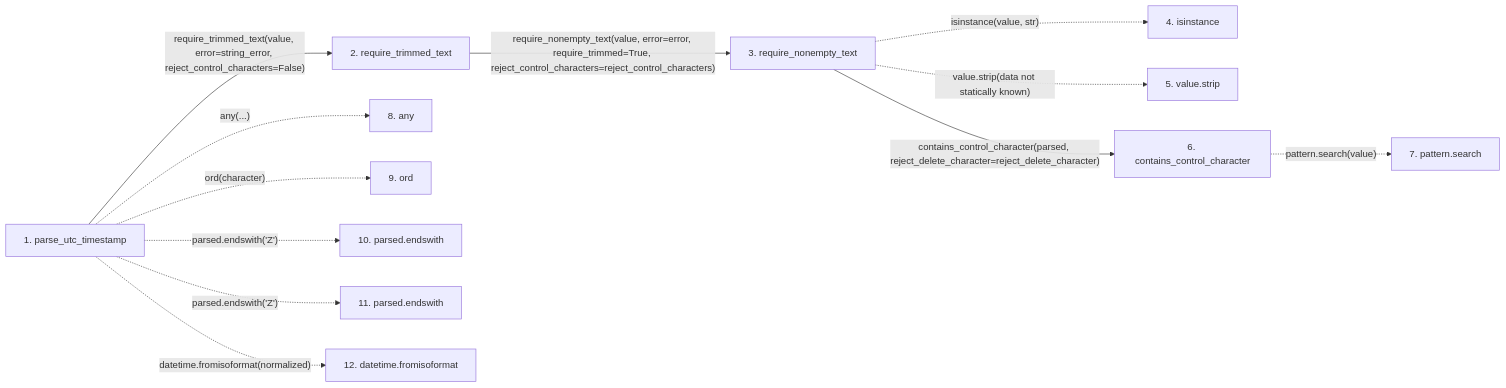
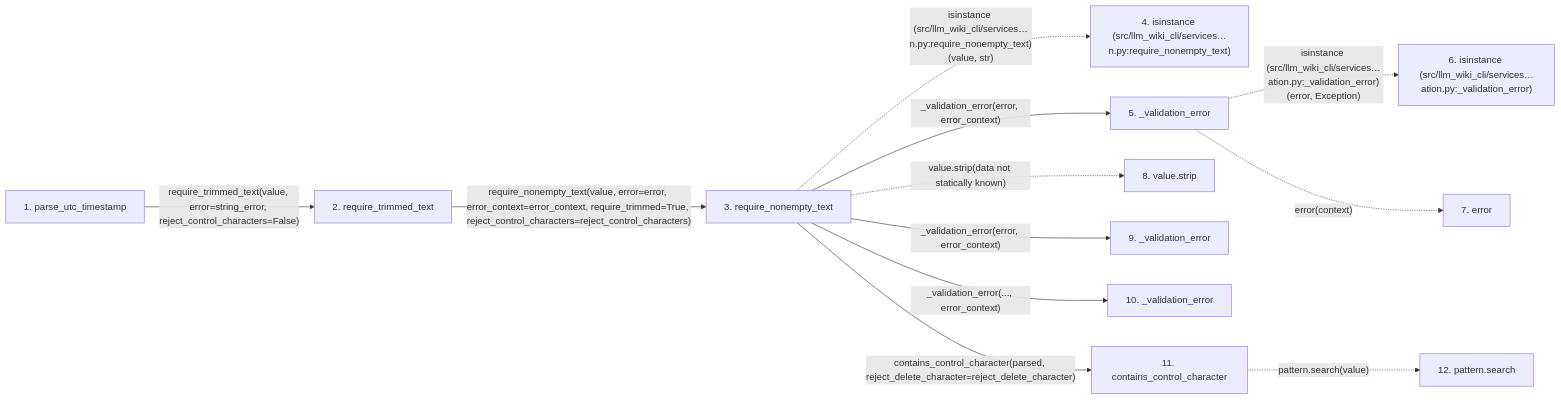
Before and after one commit to Denissvgn/python-wiki-llm: the second of 2 diagrams in docs/llm_wiki/flows/api-parse_utc_timestamp.md, drawn with Mermaid. The commit also changed other lines of this file and 627 other files, not shown here.

````diff
--- a/docs/llm_wiki/flows/api-parse_utc_timestamp.md
+++ b/docs/llm_wiki/flows/api-parse_utc_timestamp.md
@@ -57,30 +66,33 @@
 ```mermaid
 flowchart LR
     s1["1. parse_utc_timestamp"]
     s2["2. require_trimmed_text"]
     s3["3. require_nonempty_text"]
-    s4["4. isinstance"]
-    s5["5. value.strip"]
-    s6["6. contains_control_character"]
-    s7["7. pattern.search"]
-    s8["8. any"]
-    s9["9. ord"]
-    s10["10. parsed.endswith"]
-    s11["11. parsed.endswith"]
-    s12["12. datetime.fromisoformat"]
+    s4["4. isinstance (src/llm_wiki_cli/services…n.py:require_nonempty_text)"]
+    s5["5. _validation_error"]
+    s6["6. isinstance (src/llm_wiki_cli/services…ation.py:_validation_error)"]
+    s7["7. error"]
+    s8["8. value.strip"]
+    s9["9. _validation_error"]
+    s10["10. _validation_error"]
+    s11["11. contains_control_character"]
+    s12["12. pattern.search"]
     s1 -->|"require_trimmed_text(value, error=string_error, reject_control_characters=False)"| s2
-    s2 -->|"require_nonempty_text(value, error=error, require_trimmed=True, reject_control_characters=reject_control_characters)"| s3
-    s3 -. "isinstance(value, str)" .-> s4
-    s3 -. "value.strip(data not statically known)" .-> s5
-    s3 -->|"contains_control_character(parsed, reject_delete_character=reject_delete_character)"| s6
-    s6 -. "pattern.search(value)" .-> s7
-    s1 -. "any(...)" .-> s8
-    s1 -. "ord(character)" .-> s9
-    s1 -. "parsed.endswith('Z')" .-> s10
-    s1 -. "parsed.endswith('Z')" .-> s11
-    s1 -. "datetime.fromisoformat(normalized)" .-> s12
+    s2 -->|"require_nonempty_text(value, error=error, error_context=error_context, require_trimmed=True, reject_control_characters=reject_control_characters)"| s3
+    s3 -. "isinstance (src/llm_wiki_cli/services…n.py:require_nonempty_text)(value, str)" .-> s4
+    s3 -->|"_validation_error(error, error_context)"| s5
+    s5 -. "isinstance (src/llm_wiki_cli/services…ation.py:_validation_error)(error, Exception)" .-> s6
+    s5 -. "error(context)" .-> s7
+    s3 -. "value.strip(data not statically known)" .-> s8
+    s3 -->|"_validation_error(error, error_context)"| s9
+    s3 -->|"_validation_error(..., error_context)"| s10
+    s3 -->|"contains_control_character(parsed, reject_delete_character=reject_delete_character)"| s11
+    s11 -. "pattern.search(value)" .-> s12
     click s1 "../modules/validation.md"
     click s2 "../modules/validation.md"
     click s3 "../modules/validation.md"
-    click s6 "../modules/validation.md"
+    click s5 "../modules/validation.md"
+    click s9 "../modules/validation.md"
+    click s10 "../modules/validation.md"
+    click s11 "../modules/validation.md"
 ```
````
